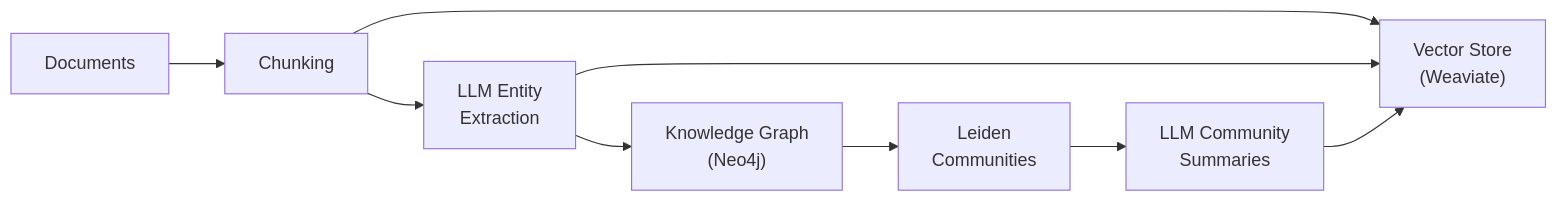
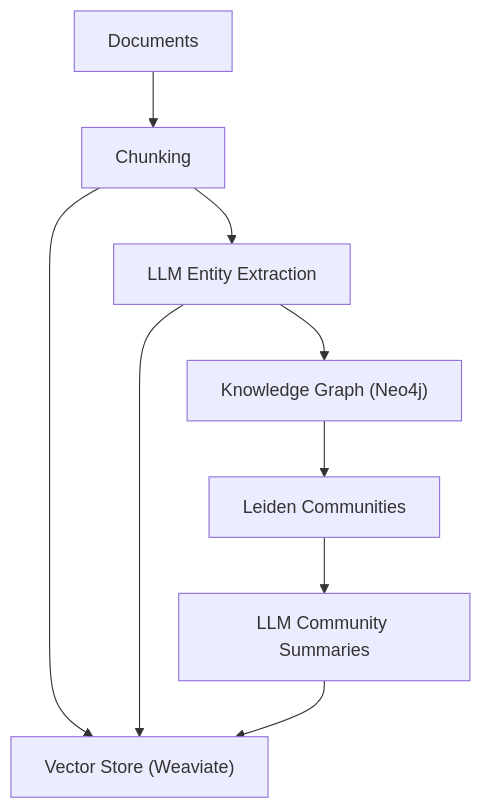
One commit to crlsrmrlsz/raglab changed the first of 2 diagrams in docs/preprocessing/graphrag.md. Above: the diagram before and after it, drawn with Mermaid. The commit also changed other lines of this file, not shown here.

Commit message:
docs(graphrag): make mermaid diagrams vertical (TB)
- Change indexing diagram from LR to TB
- Add explicit direction TB to query phase subgraphs
- Clean up label text (remove \n line breaks)

````diff
--- a/docs/preprocessing/graphrag.md
+++ b/docs/preprocessing/graphrag.md
@@ -29,12 +29,12 @@
 ```mermaid
-flowchart LR
+flowchart TB
     DOC[Documents] --> CHUNK[Chunking]
-    CHUNK --> EXT["LLM Entity\nExtraction"]
-    EXT --> KG["Knowledge Graph\n(Neo4j)"]
-    KG --> LEIDEN["Leiden\nCommunities"]
-    LEIDEN --> SUMM["LLM Community\nSummaries"]
+    CHUNK --> EXT["LLM Entity Extraction"]
+    EXT --> KG["Knowledge Graph (Neo4j)"]
+    KG --> LEIDEN["Leiden Communities"]
+    LEIDEN --> SUMM["LLM Community Summaries"]
 
-    CHUNK --> EMB["Vector Store\n(Weaviate)"]
+    CHUNK --> EMB["Vector Store (Weaviate)"]
     EXT --> EMB
     SUMM --> EMB
 ```
````
